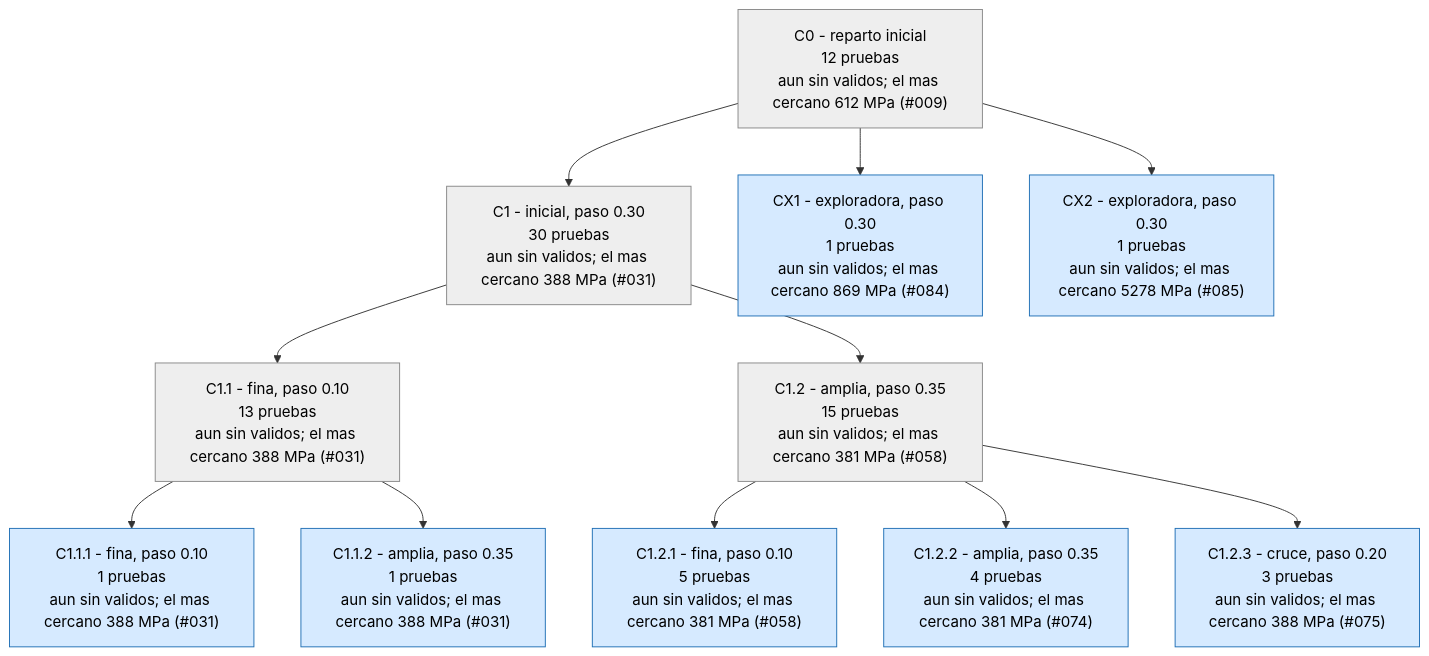
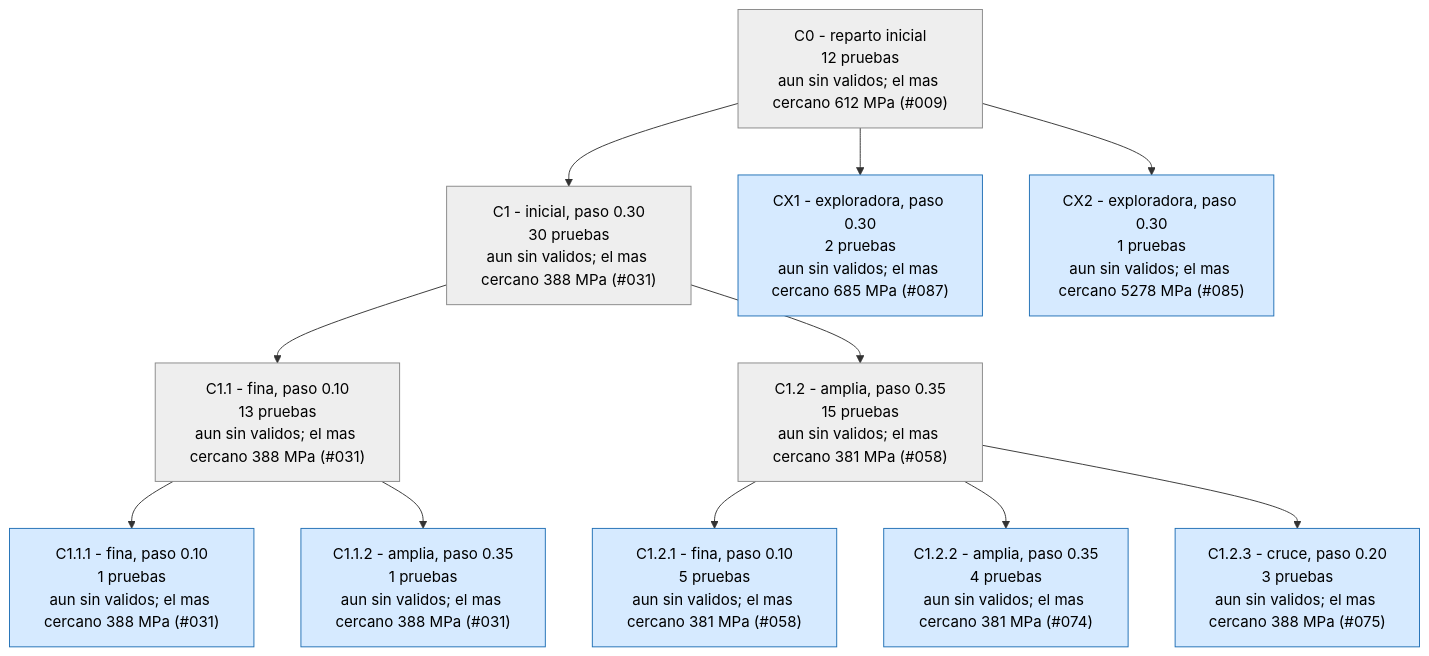
The third of 4 diagrams in runs/opt_37800N/ARBOL.md (Hugiko/msd-soporte-optimizacion), drawn with Mermaid before and after one commit. The commit also changed 21 other files, not shown here.

````diff
--- a/runs/opt_37800N/ARBOL.md
+++ b/runs/opt_37800N/ARBOL.md
@@ -105,27 +105,27 @@
 ```mermaid
 graph TD
 classDef activa fill:#d6eaff,stroke:#1f6fb5,color:#000
 classDef fin fill:#eeeeee,stroke:#888,color:#000
 classDef mejor fill:#c8f0c0,stroke:#1a9850,stroke-width:4px,color:#000
 C0["C0 - reparto inicial<br/>12 pruebas<br/>aun sin validos; el mas cercano 612 MPa (#009)"]:::fin
 C1["C1 - inicial, paso 0.30<br/>30 pruebas<br/>aun sin validos; el mas cercano 388 MPa (#031)"]:::fin
 C0 --> C1
 C1_1["C1.1 - fina, paso 0.10<br/>13 pruebas<br/>aun sin validos; el mas cercano 388 MPa (#031)"]:::fin
 C1 --> C1_1
 C1_2["C1.2 - amplia, paso 0.35<br/>15 pruebas<br/>aun sin validos; el mas cercano 381 MPa (#058)"]:::fin
 C1 --> C1_2
 C1_1_1["C1.1.1 - fina, paso 0.10<br/>1 pruebas<br/>aun sin validos; el mas cercano 388 MPa (#031)"]:::activa
 C1_1 --> C1_1_1
 C1_1_2["C1.1.2 - amplia, paso 0.35<br/>1 pruebas<br/>aun sin validos; el mas cercano 388 MPa (#031)"]:::activa
 C1_1 --> C1_1_2
 C1_2_1["C1.2.1 - fina, paso 0.10<br/>5 pruebas<br/>aun sin validos; el mas cercano 381 MPa (#058)"]:::activa
 C1_2 --> C1_2_1
 C1_2_2["C1.2.2 - amplia, paso 0.35<br/>4 pruebas<br/>aun sin validos; el mas cercano 381 MPa (#074)"]:::activa
 C1_2 --> C1_2_2
 C1_2_3["C1.2.3 - cruce, paso 0.20<br/>3 pruebas<br/>aun sin validos; el mas cercano 388 MPa (#075)"]:::activa
 C1_2 --> C1_2_3
-CX1["CX1 - exploradora, paso 0.30<br/>1 pruebas<br/>aun sin validos; el mas cercano 869 MPa (#084)"]:::activa
+CX1["CX1 - exploradora, paso 0.30<br/>2 pruebas<br/>aun sin validos; el mas cercano 685 MPa (#087)"]:::activa
 C0 --> CX1
 CX2["CX2 - exploradora, paso 0.30<br/>1 pruebas<br/>aun sin validos; el mas cercano 5278 MPa (#085)"]:::activa
 C0 --> CX2
 ```
````
